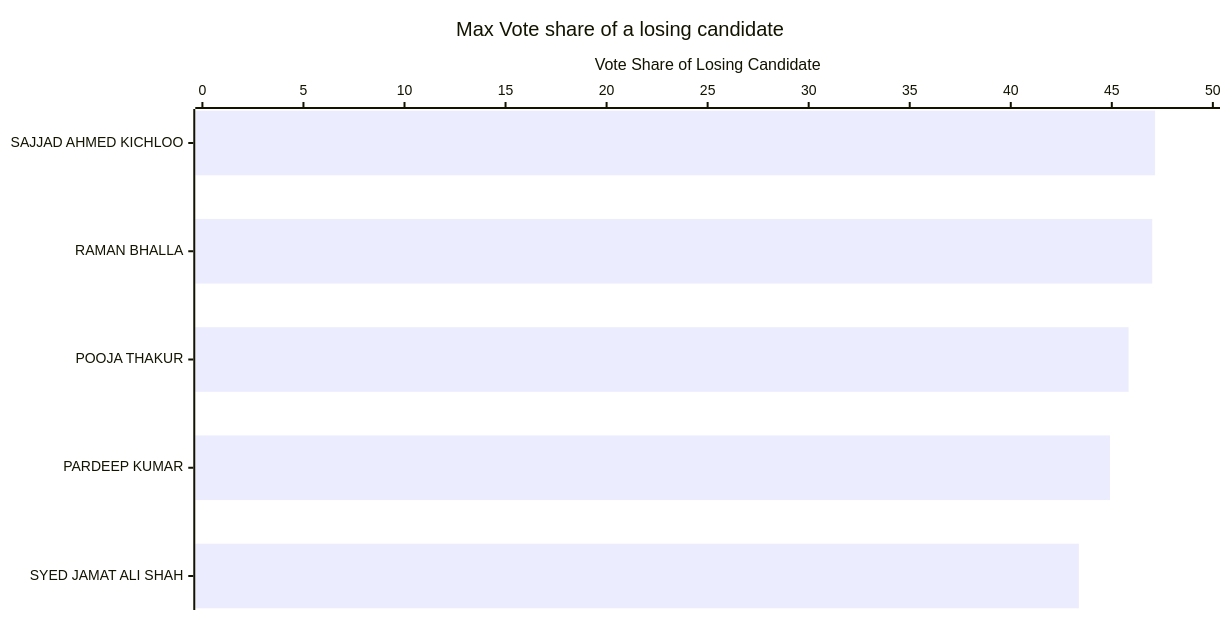
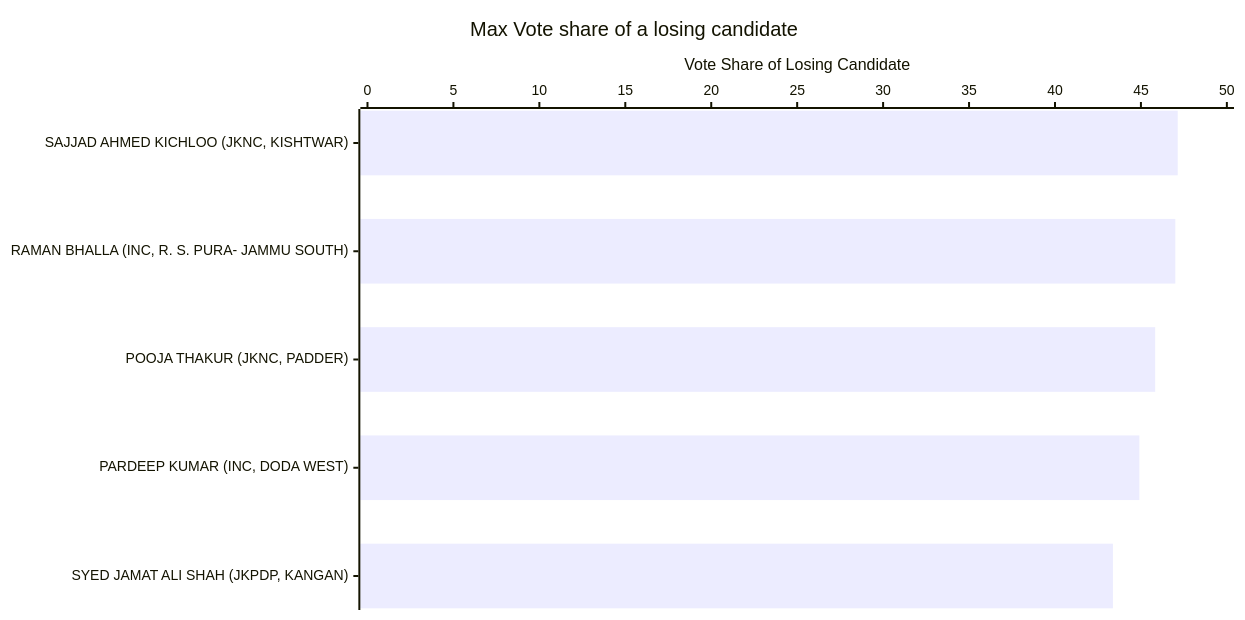
One commit to arjunswaj/elections changed diagram 14 of 19 in J&K-GRAPH.md. Above: the diagram before and after it, drawn with Mermaid. The commit also changed other lines of this file, not shown here.

Commit message:
Update the graph titles

````diff
--- a/J&K-GRAPH.md
+++ b/J&K-GRAPH.md
@@ -276,14 +276,14 @@
 ```mermaid
 ---
 config:
     xyChart:
         width: 1200
         height: 600
         chartOrientation: horizontal
 ---
 xychart-beta
     title "Max Vote share of a losing candidate"
-    x-axis ["SAJJAD AHMED KICHLOO", "RAMAN BHALLA", "POOJA THAKUR", "PARDEEP KUMAR", "SYED JAMAT ALI SHAH"]
+    x-axis ["SAJJAD AHMED KICHLOO (JKNC, KISHTWAR)", "RAMAN BHALLA (INC, R. S. PURA- JAMMU SOUTH)", "POOJA THAKUR (JKNC, PADDER)", "PARDEEP KUMAR (INC, DODA WEST)", "SYED JAMAT ALI SHAH (JKPDP, KANGAN)"]
     y-axis "Vote Share of Losing Candidate" 0 --> 50
     bar [47.14, 47, 45.83, 44.91, 43.37]
 ```
````
